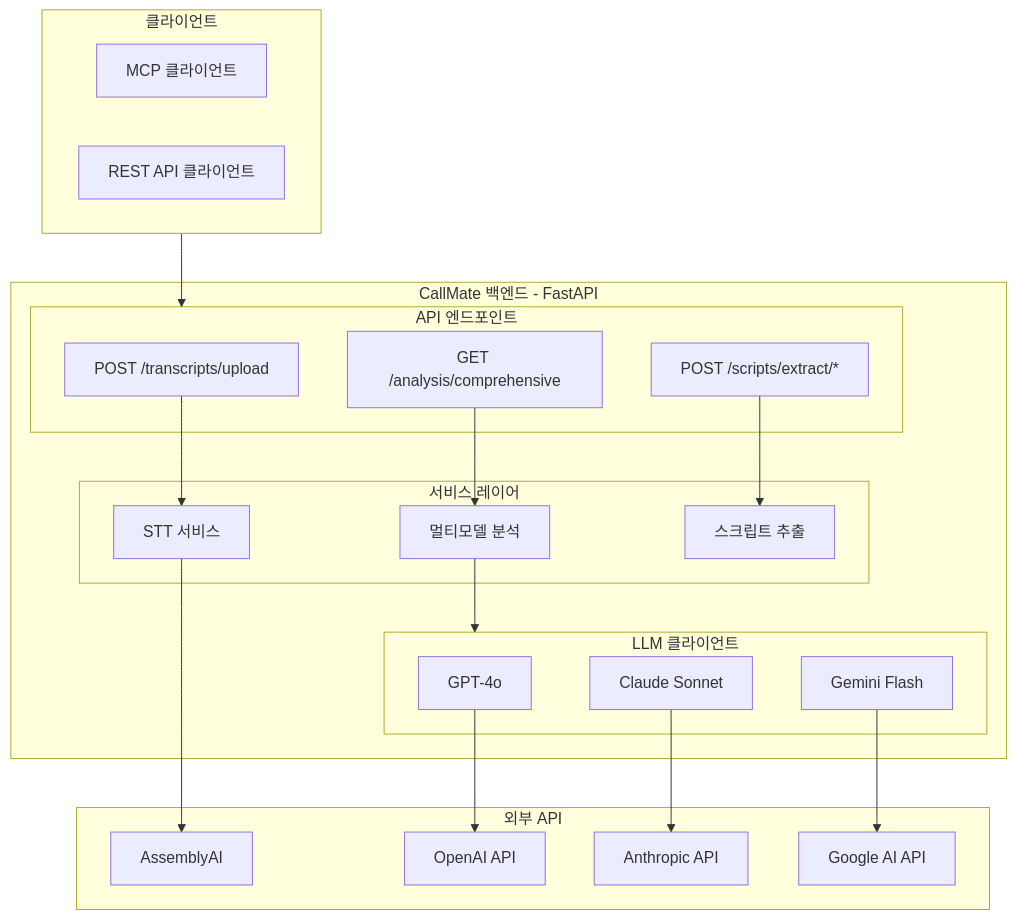
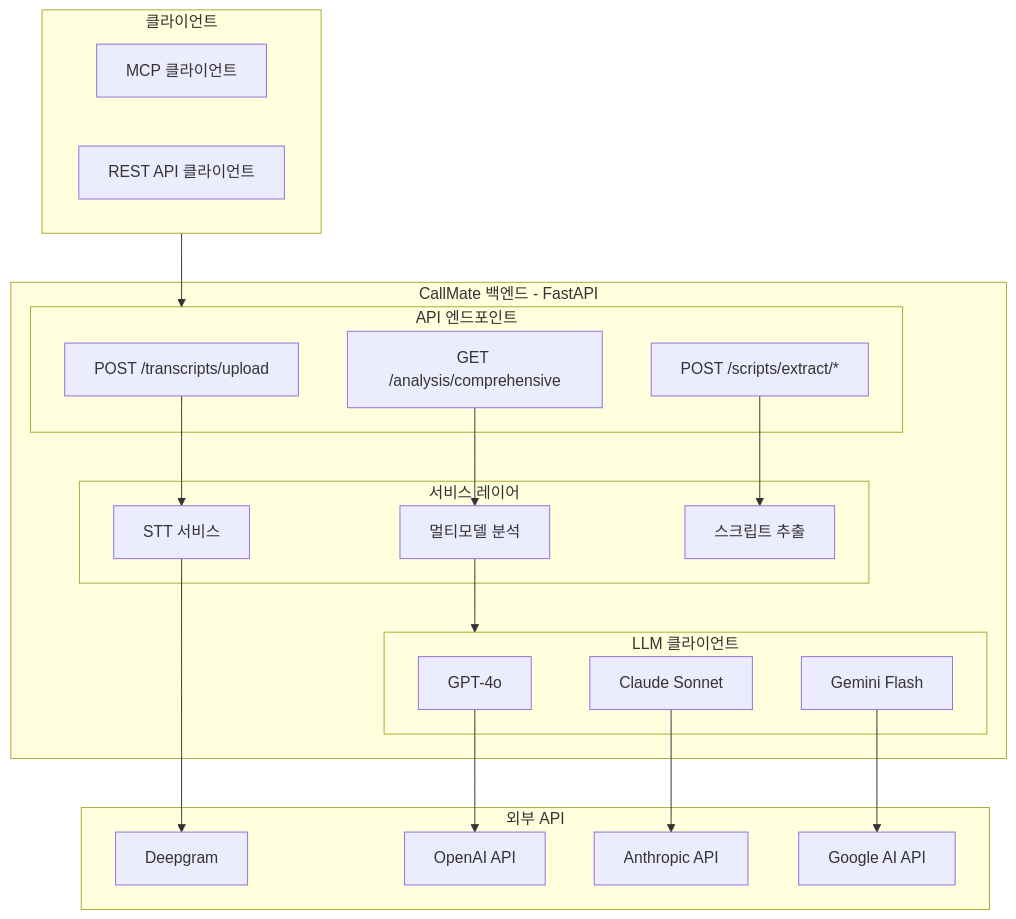
Before and after one commit to callmateteam/callmate_BE: the first of 3 diagrams in docs/architecture_flowchart.md, drawn with Mermaid. The commit also changed other lines of this file and 15 other files, not shown here.

````diff
--- a/docs/architecture_flowchart.md
+++ b/docs/architecture_flowchart.md
@@ -9,44 +9,44 @@
 ```mermaid
 flowchart TB
     subgraph Client["클라이언트"]
         MCP["MCP 클라이언트"]
         API_CLIENT["REST API 클라이언트"]
     end
 
     subgraph Backend["CallMate 백엔드 - FastAPI"]
         subgraph API["API 엔드포인트"]
             TRANS_API["POST /transcripts/upload"]
             ANALYSIS_API["GET /analysis/comprehensive"]
             SCRIPTS_API["POST /scripts/extract/*"]
         end
 
         subgraph Services["서비스 레이어"]
             STT["STT 서비스"]
             ANALYSIS_SVC["멀티모델 분석"]
             SCRIPT_SVC["스크립트 추출"]
         end
 
         subgraph LLM["LLM 클라이언트"]
             OPENAI["GPT-4o"]
             CLAUDE["Claude Sonnet"]
             GEMINI["Gemini Flash"]
         end
     end
 
     subgraph External["외부 API"]
-        ASSEMBLYAI["AssemblyAI"]
+        ASSEMBLYAI["Deepgram"]
         OPENAI_API["OpenAI API"]
         ANTHROPIC_API["Anthropic API"]
         GOOGLE_API["Google AI API"]
     end
 
     Client --> API
     TRANS_API --> STT
     ANALYSIS_API --> ANALYSIS_SVC
     SCRIPTS_API --> SCRIPT_SVC
     STT --> ASSEMBLYAI
     ANALYSIS_SVC --> LLM
     OPENAI --> OPENAI_API
     CLAUDE --> ANTHROPIC_API
     GEMINI --> GOOGLE_API
 ```
````
